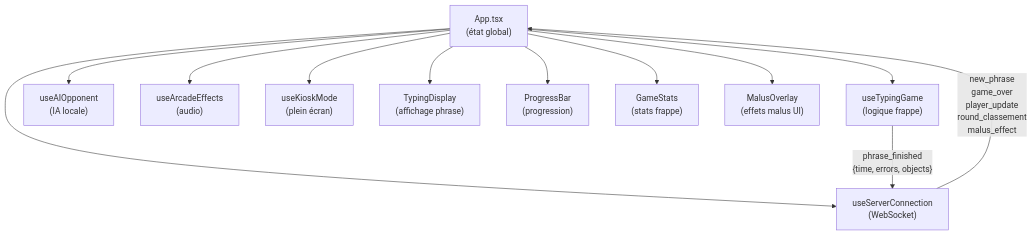
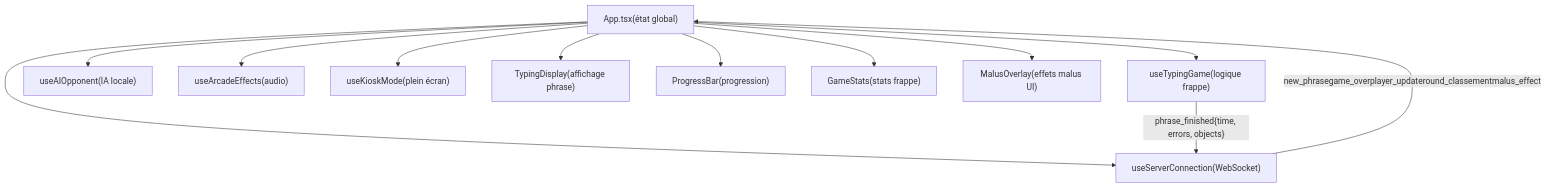
One commit to EnterNAthan/RaceTyper changed the third of 17 diagrams in ARCHITECTURE.md. Above: the diagram before and after it, drawn with Mermaid. The commit also changed other lines of this file, not shown here.

Commit message:
fix architecture markdown

````diff
--- a/ARCHITECTURE.md
+++ b/ARCHITECTURE.md
@@ -156,18 +156,18 @@
 ```mermaid
 graph TD
-    APP["App.tsx\n(état global)"]
+    APP["App.tsx(état global)"]
 
-    APP --> USC["useServerConnection\n(WebSocket)"]
-    APP --> UTG["useTypingGame\n(logique frappe)"]
-    APP --> UAI["useAIOpponent\n(IA locale)"]
-    APP --> UAF["useArcadeEffects\n(audio)"]
-    APP --> UKM["useKioskMode\n(plein écran)"]
+    APP --> USC["useServerConnection(WebSocket)"]
+    APP --> UTG["useTypingGame(logique frappe)"]
+    APP --> UAI["useAIOpponent(IA locale)"]
+    APP --> UAF["useArcadeEffects(audio)"]
+    APP --> UKM["useKioskMode(plein écran)"]
 
-    APP --> TD["TypingDisplay\n(affichage phrase)"]
-    APP --> PB["ProgressBar\n(progression)"]
-    APP --> GS["GameStats\n(stats frappe)"]
-    APP --> MO["MalusOverlay\n(effets malus UI)"]
+    APP --> TD["TypingDisplay(affichage phrase)"]
+    APP --> PB["ProgressBar(progression)"]
+    APP --> GS["GameStats(stats frappe)"]
+    APP --> MO["MalusOverlay(effets malus UI)"]
 
-    USC -- "new_phrase\ngame_over\nplayer_update\nround_classement\nmalus_effect" --> APP
-    UTG -- "phrase_finished\n{time, errors, objects}" --> USC
+    USC -- "new_phrasegame_overplayer_updateround_classementmalus_effect" --> APP
+    UTG -- "phrase_finished{time, errors, objects}" --> USC
 ```
````
